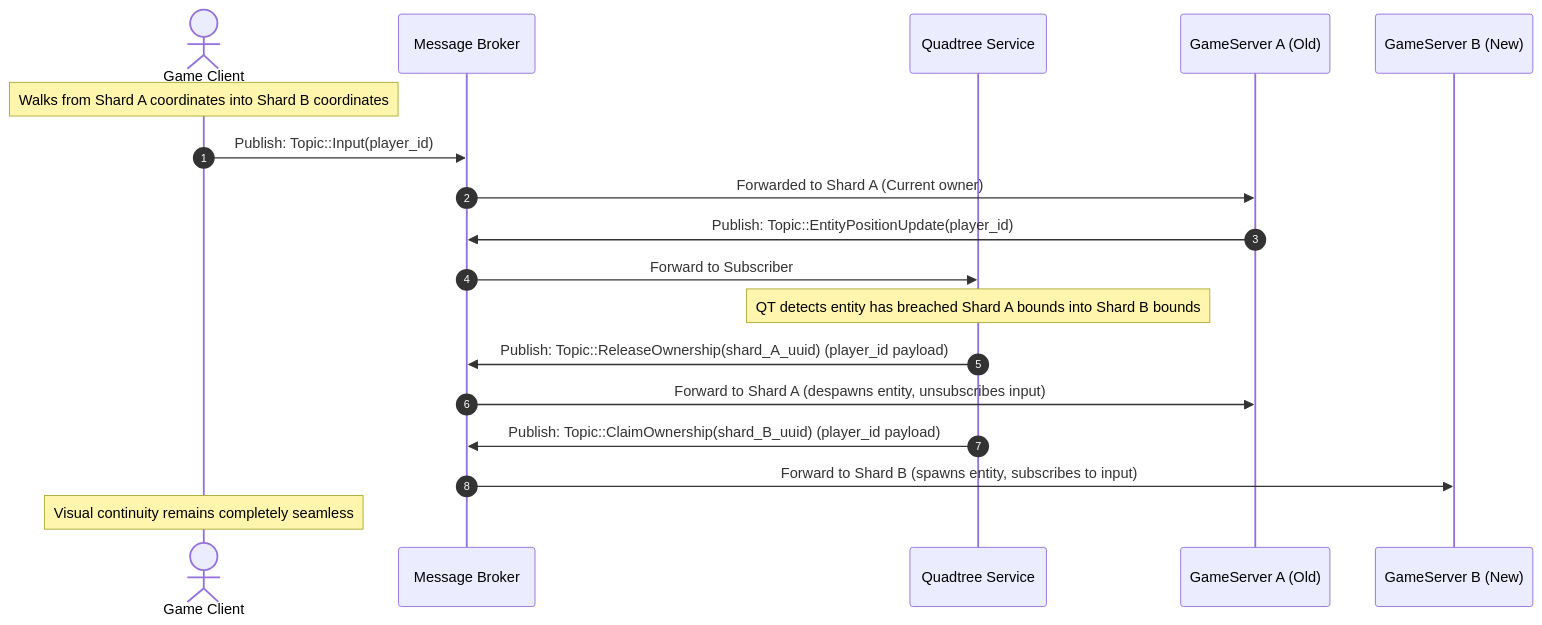
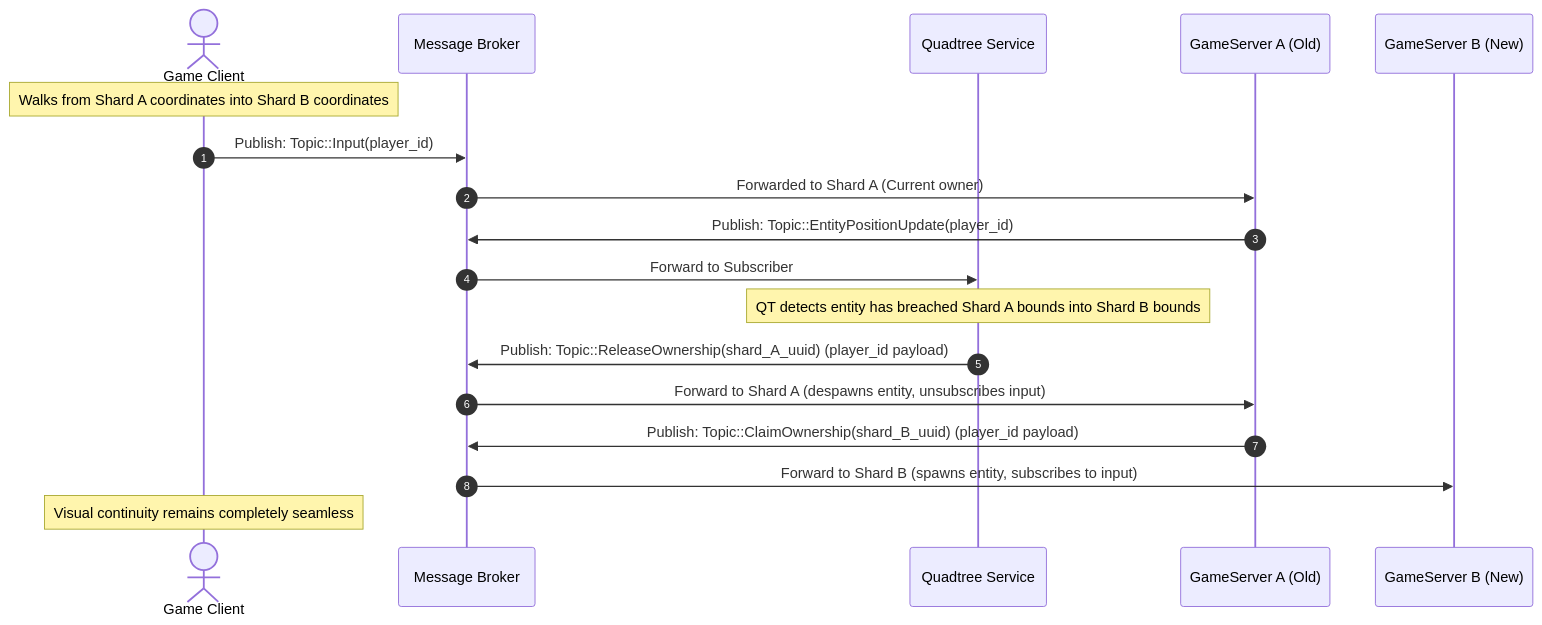
The fifth of 5 diagrams in Architecture.md (EstevanSc/8DJV926), drawn with Mermaid before and after one commit. The commit also changed 3 other files, not shown here.

````diff
--- a/Architecture.md
+++ b/Architecture.md
@@ -468,24 +468,24 @@
 ```mermaid
 sequenceDiagram
     autonumber
     actor Client as Game Client
     participant Broker as Message Broker
     participant QT as Quadtree Service
     participant GSA as GameServer A (Old)
     participant GSB as GameServer B (New)
 
     Note over Client: Walks from Shard A coordinates into Shard B coordinates
     Client->>Broker: Publish: Topic::Input(player_id)
     Broker->>GSA: Forwarded to Shard A (Current owner)
     GSA->>Broker: Publish: Topic::EntityPositionUpdate(player_id)
     Broker->>QT: Forward to Subscriber
 
     Note over QT: QT detects entity has breached Shard A bounds into Shard B bounds
     QT->>Broker: Publish: Topic::ReleaseOwnership(shard_A_uuid) (player_id payload)
     Broker->>GSA: Forward to Shard A (despawns entity, unsubscribes input)
     
-    QT->>Broker: Publish: Topic::ClaimOwnership(shard_B_uuid) (player_id payload)
+    GSA->>Broker: Publish: Topic::ClaimOwnership(shard_B_uuid) (player_id payload)
     Broker->>GSB: Forward to Shard B (spawns entity, subscribes to input)
 
     Note over Client: Visual continuity remains completely seamless
 ```
````
